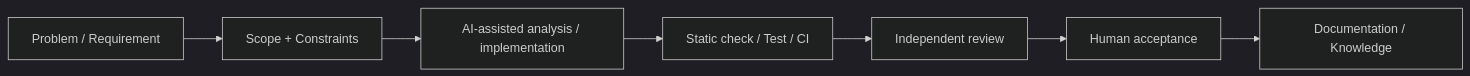
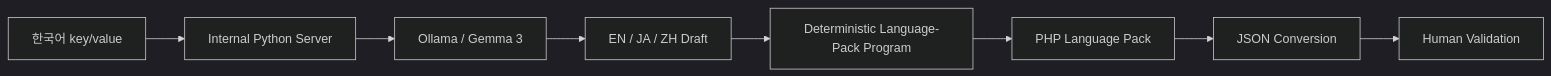
Before and after one commit to tomtomjskim/jsnetworkcorp-portfolio: the first of 5 diagrams in docs/portfolio-ax/cases/04-ai-assisted-verification.md, drawn with Mermaid (dark theme). The commit also changed other lines of this file, not shown here.

````diff
--- a/docs/portfolio-ax/cases/04-ai-assisted-verification.md
+++ b/docs/portfolio-ax/cases/04-ai-assisted-verification.md
@@ -38,9 +47,10 @@
 ```mermaid
 flowchart LR
-    P[Problem / Requirement] --> S[Scope + Constraints]
-    S --> A[AI-assisted analysis / implementation]
-    A --> C[Static check / Test / CI]
-    C --> R[Independent review]
-    R --> H[Human acceptance]
-    H --> K[Documentation / Knowledge]
+    K[한국어 key/value] --> PY[Internal Python Server]
+    PY --> L[Ollama / Gemma 3]
+    L --> TR[EN / JA / ZH Draft]
+    TR --> CV[Deterministic Language-Pack Program]
+    CV --> PHP[PHP Language Pack]
+    PHP --> JSON[JSON Conversion]
+    JSON --> H[Human Validation]
 ```
````
